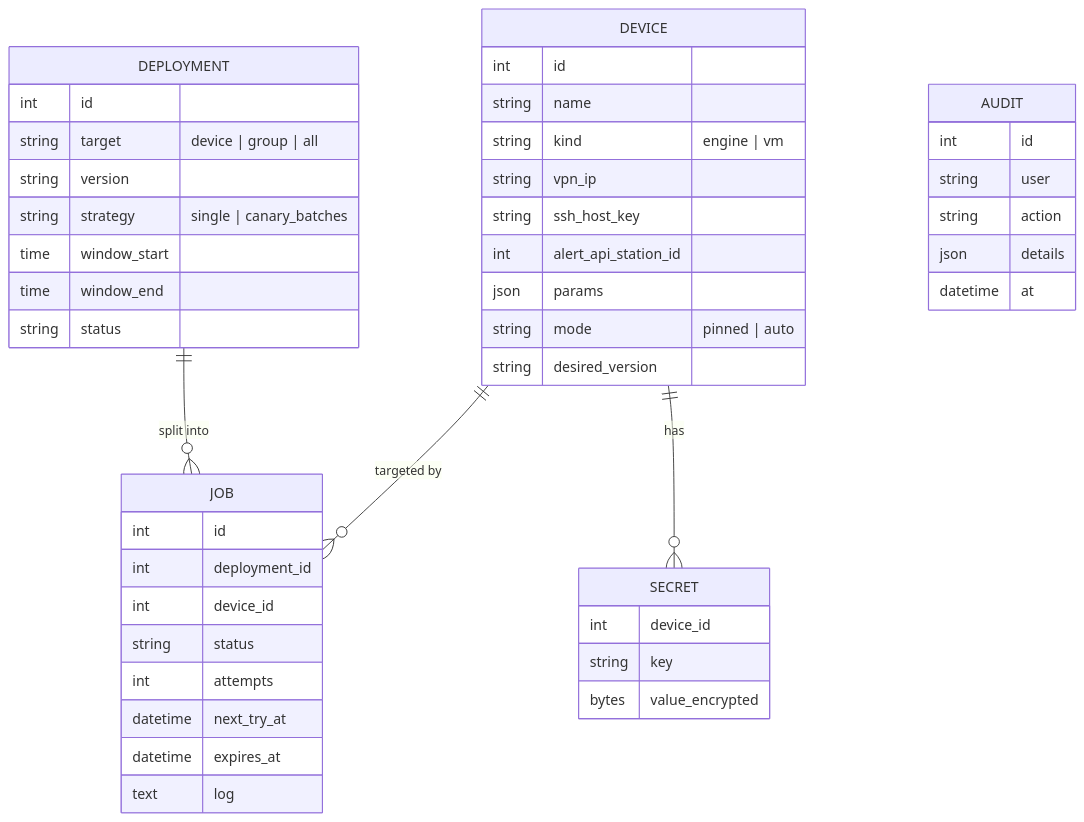
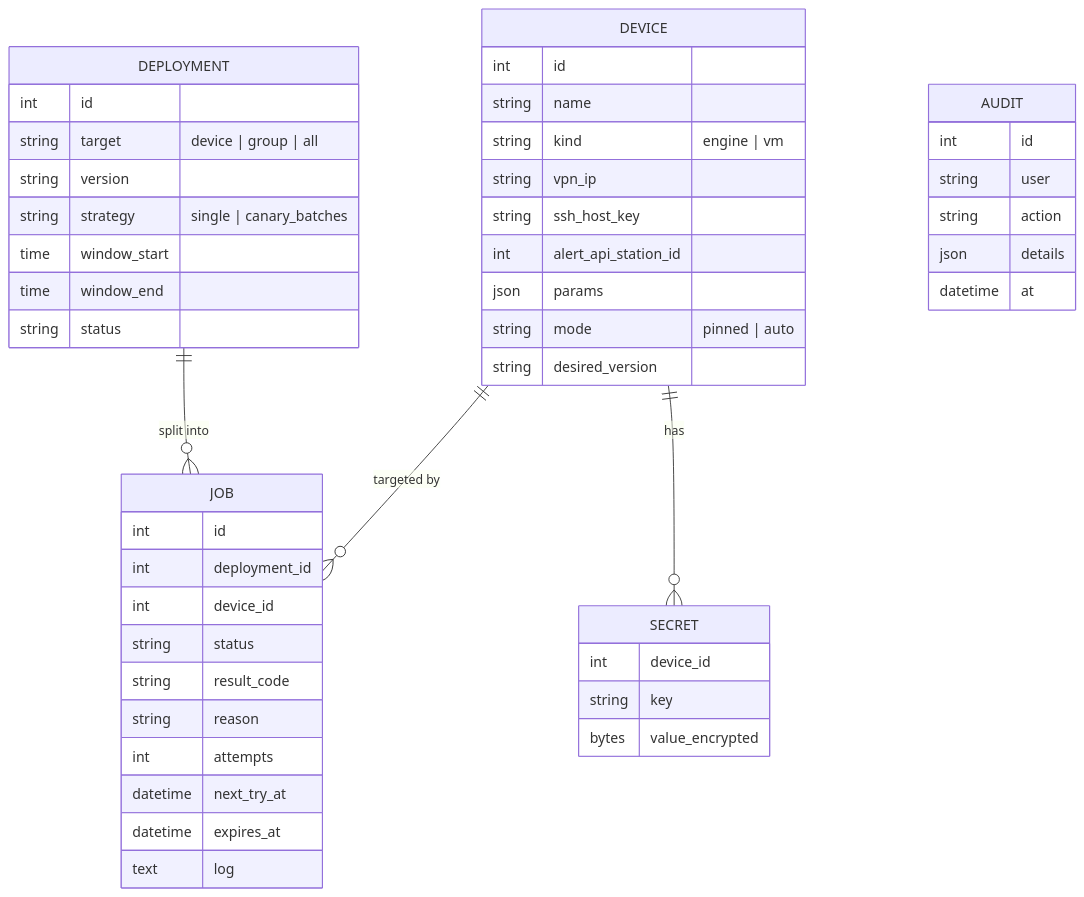
One commit to pyronear/pi-manager-template changed the fourth of 12 diagrams in docs/ADR/fleet-api.md. Above: the diagram before and after it, drawn with Mermaid. The commit also changed other lines of this file, not shown here.

First line of the commit message:
docs(adr): Pi reports each update result back to the Fleet API

````diff
--- a/docs/ADR/fleet-api.md
+++ b/docs/ADR/fleet-api.md
@@ -122,48 +122,50 @@
 ```mermaid
 erDiagram
     DEVICE ||--o{ JOB : "targeted by"
     DEVICE ||--o{ SECRET : has
     DEPLOYMENT ||--o{ JOB : "split into"
     DEVICE {
         int id
         string name
         string kind "engine | vm"
         string vpn_ip
         string ssh_host_key
         int alert_api_station_id
         json params
         string mode "pinned | auto"
         string desired_version
     }
     SECRET {
         int device_id
         string key
         bytes value_encrypted
     }
     DEPLOYMENT {
         int id
         string target "device | group | all"
         string version
         string strategy "single | canary_batches"
         time window_start
         time window_end
         string status
     }
     JOB {
         int id
         int deployment_id
         int device_id
         string status
+        string result_code
+        string reason
         int attempts
         datetime next_try_at
         datetime expires_at
         text log
     }
     AUDIT {
         int id
         string user
         string action
         json details
         datetime at
     }
 ```
````
